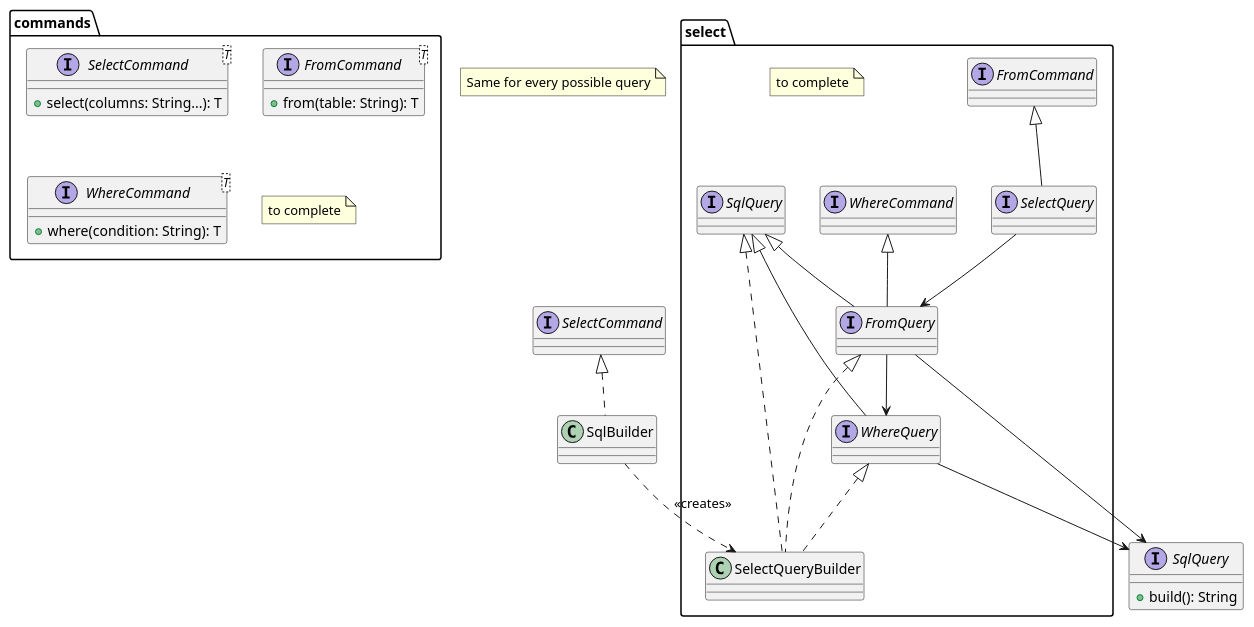
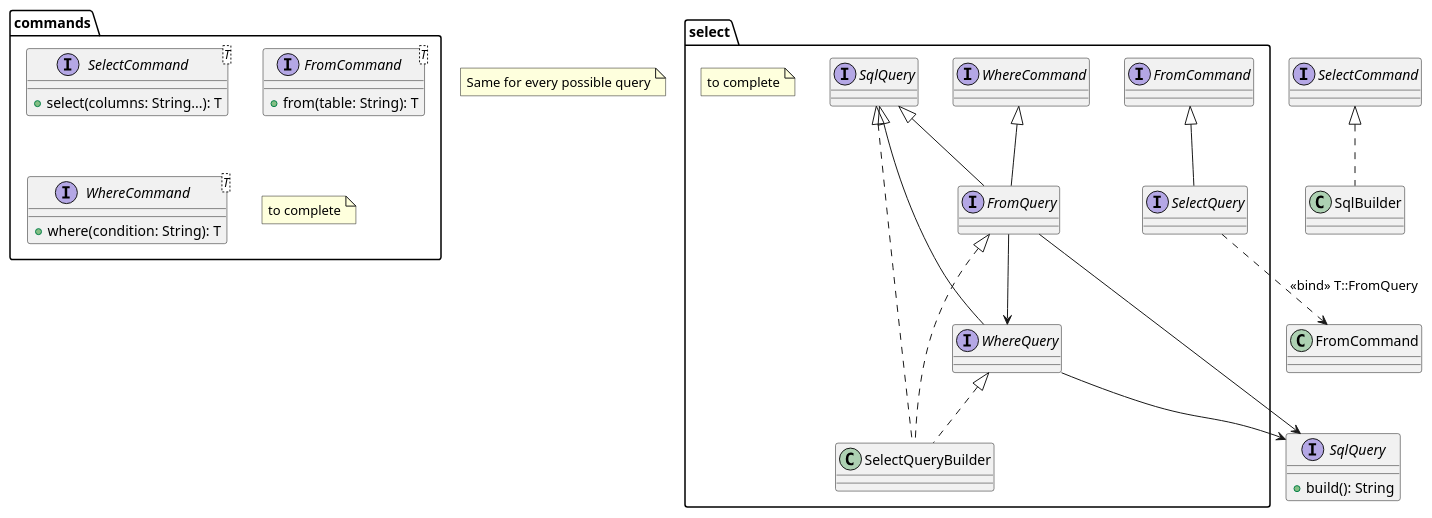
The diagram in uml/class.puml (RedSkyi/SqlBuilder), drawn with PlantUML before and after one commit.

Commit message:
Add generic connection to uml

```diff
--- a/uml/class.puml
+++ b/uml/class.puml
@@ -1,45 +1,44 @@
 @startuml
 'https://plantuml.com/class-diagram
 
 package commands {
     interface SelectCommand<T> {
         +select(columns: String...): T
     }
 
     interface FromCommand<T> {
         +from(table: String): T
     }
 
     interface WhereCommand<T> {
        +where(condition: String): T
     }
 
     note "to complete" as N1
 }
 
 package select {
     interface SelectQuery implements FromCommand
     interface FromQuery implements WhereCommand, SqlQuery
     interface WhereQuery implements SqlQuery
 
     class SelectQueryBuilder implements FromQuery, WhereQuery, SqlQuery
 
     note "to complete" as N2
 }
 
 note "Same for every possible query" as N3
 
 interface SqlQuery {
     +build(): String
 }
 
 class SqlBuilder implements SelectCommand
 
-SqlBuilder ..> SelectQueryBuilder: <<creates>>
+SelectQuery ..> FromCommand: <<bind>> T::FromQuery
 
 WhereQuery --> SqlQuery
 FromQuery --> SqlQuery
 FromQuery --> WhereQuery
-SelectQuery --> FromQuery
 
 @enduml
```
